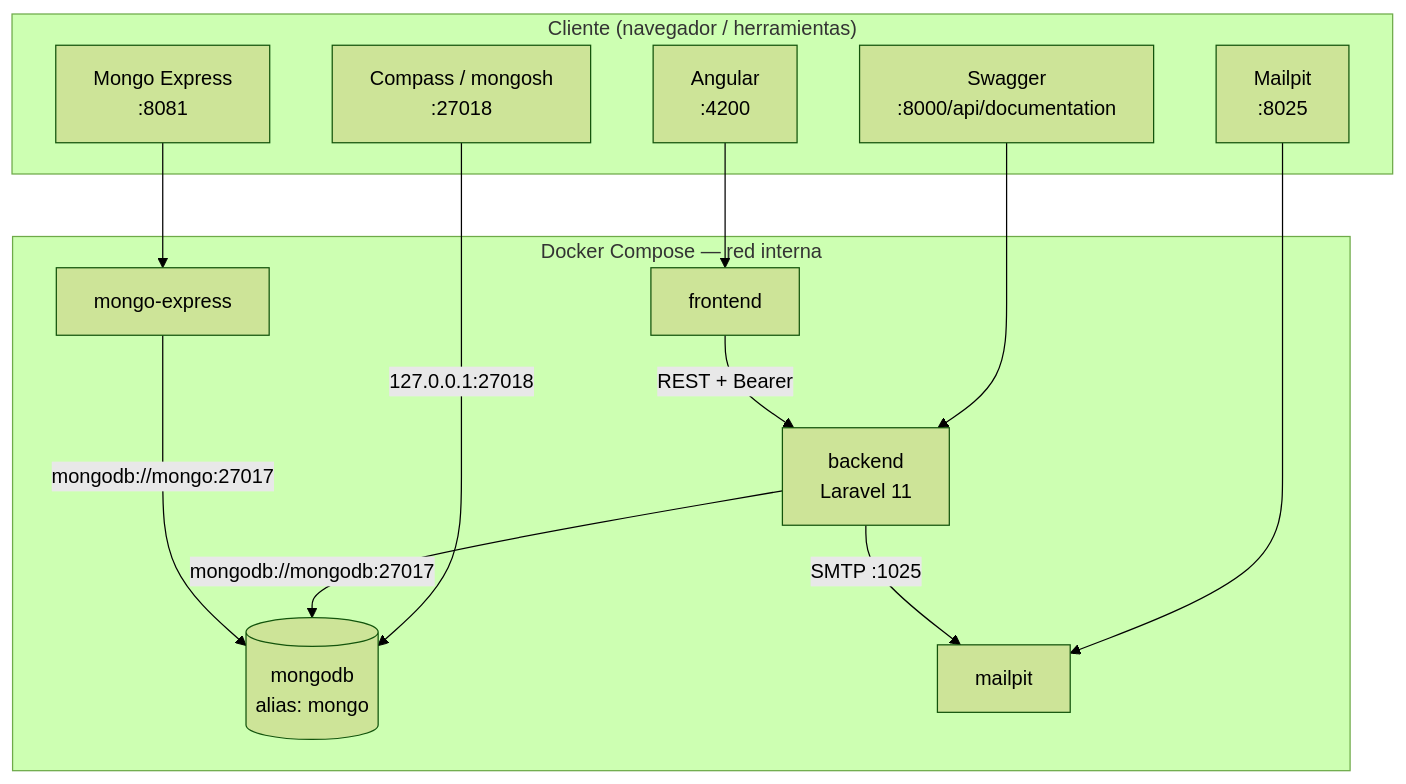
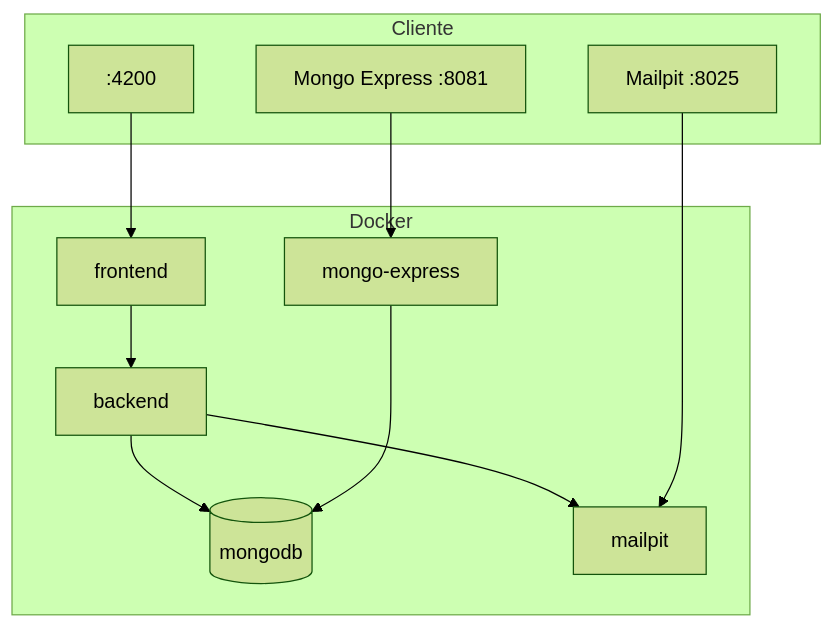
The second of 5 diagrams in ARCHITECTURE.md (Migue716/Examen-Tap-Terminal), drawn with Mermaid (forest theme) before and after one commit. The commit also changed other lines of this file and 13 other files, not shown here.

````diff
--- a/ARCHITECTURE.md
+++ b/ARCHITECTURE.md
@@ -36,28 +63,23 @@
 ```mermaid
 flowchart TB
-    subgraph Cliente["Cliente (navegador / herramientas)"]
-        Browser["Angular<br/>:4200"]
-        Swagger["Swagger<br/>:8000/api/documentation"]
-        MEX_UI["Mongo Express<br/>:8081"]
-        Mail_UI["Mailpit<br/>:8025"]
-        Compass["Compass / mongosh<br/>:27018"]
+    subgraph Cliente
+        Browser[":4200"]
+        MEX_UI["Mongo Express :8081"]
+        Mail_UI["Mailpit :8025"]
     end
 
-    subgraph Docker["Docker Compose — red interna"]
+    subgraph Docker
         FE["frontend"]
-        BE["backend<br/>Laravel 11"]
-        DB[(mongodb<br/>alias: mongo)]
+        BE["backend"]
+        DB[(mongodb)]
         MEX["mongo-express"]
         MP["mailpit"]
     end
 
-    Browser --> FE
-    Swagger --> BE
+    Browser --> FE --> BE
+    BE --> DB
+    BE --> MP
+    MEX --> DB
     MEX_UI --> MEX
     Mail_UI --> MP
-    Compass -->|"127.0.0.1:27018"| DB
-    FE -->|"REST + Bearer"| BE
-    BE -->|"mongodb://mongodb:27017"| DB
-    BE -->|"SMTP :1025"| MP
-    MEX -->|"mongodb://mongo:27017"| DB
 ```
````
